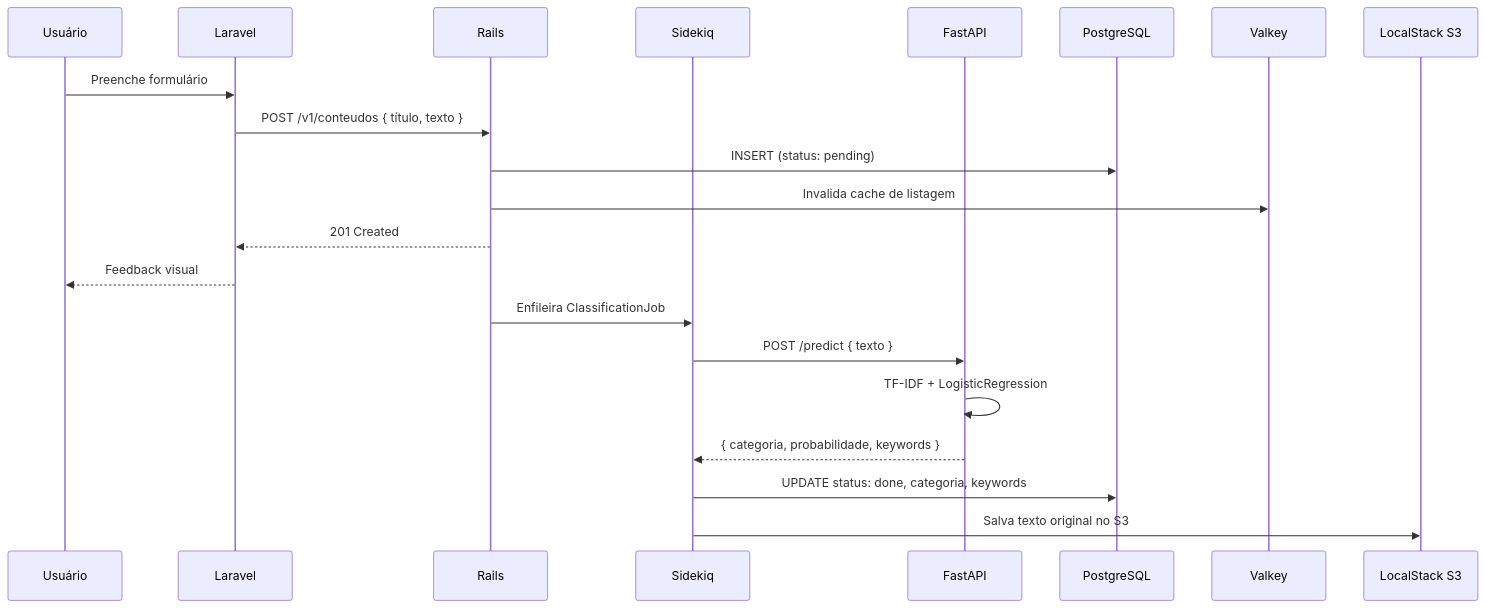
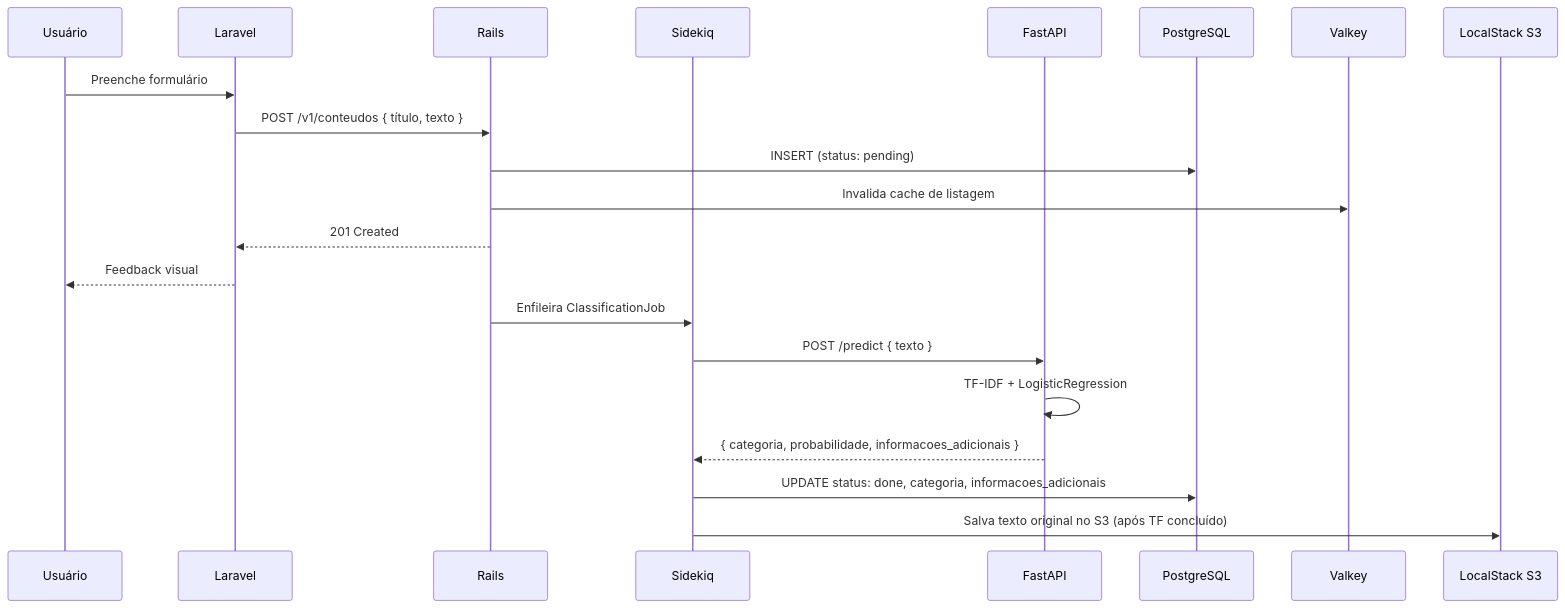
One commit to DessimA/tech-mind changed the third of 5 diagrams in docs/03-arquitetura.md. Above: the diagram before and after it, drawn with Mermaid. The commit also changed other lines of this file, not shown here.

````diff
--- a/docs/03-arquitetura.md
+++ b/docs/03-arquitetura.md
@@ -81,25 +87,25 @@
 ```mermaid
 sequenceDiagram
     participant U as Usuário
     participant FE as Laravel
     participant BE as Rails
     participant SQ as Sidekiq
     participant ML as FastAPI
     participant DB as PostgreSQL
     participant VK as Valkey
     participant LS as LocalStack S3
 
     U->>FE: Preenche formulário
     FE->>BE: POST /v1/conteudos { título, texto }
     BE->>DB: INSERT (status: pending)
     BE->>VK: Invalida cache de listagem
     BE-->>FE: 201 Created
     FE-->>U: Feedback visual
 
     BE->>SQ: Enfileira ClassificationJob
     SQ->>ML: POST /predict { texto }
     ML->>ML: TF-IDF + LogisticRegression
-    ML-->>SQ: { categoria, probabilidade, keywords }
-    SQ->>DB: UPDATE status: done, categoria, keywords
-    SQ->>LS: Salva texto original no S3
+    ML-->>SQ: { categoria, probabilidade, informacoes_adicionais }
+    SQ->>DB: UPDATE status: done, categoria, informacoes_adicionais
+    SQ->>LS: Salva texto original no S3 (após TF concluído)
 ```
````
